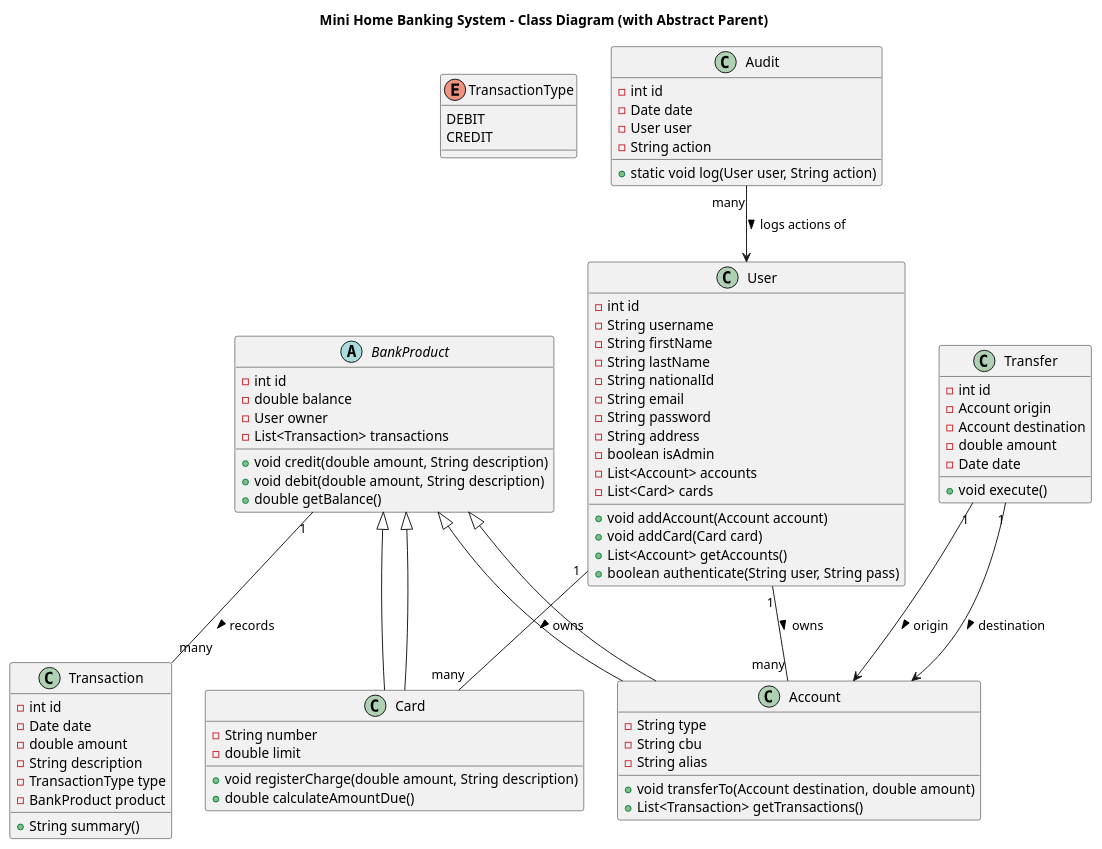
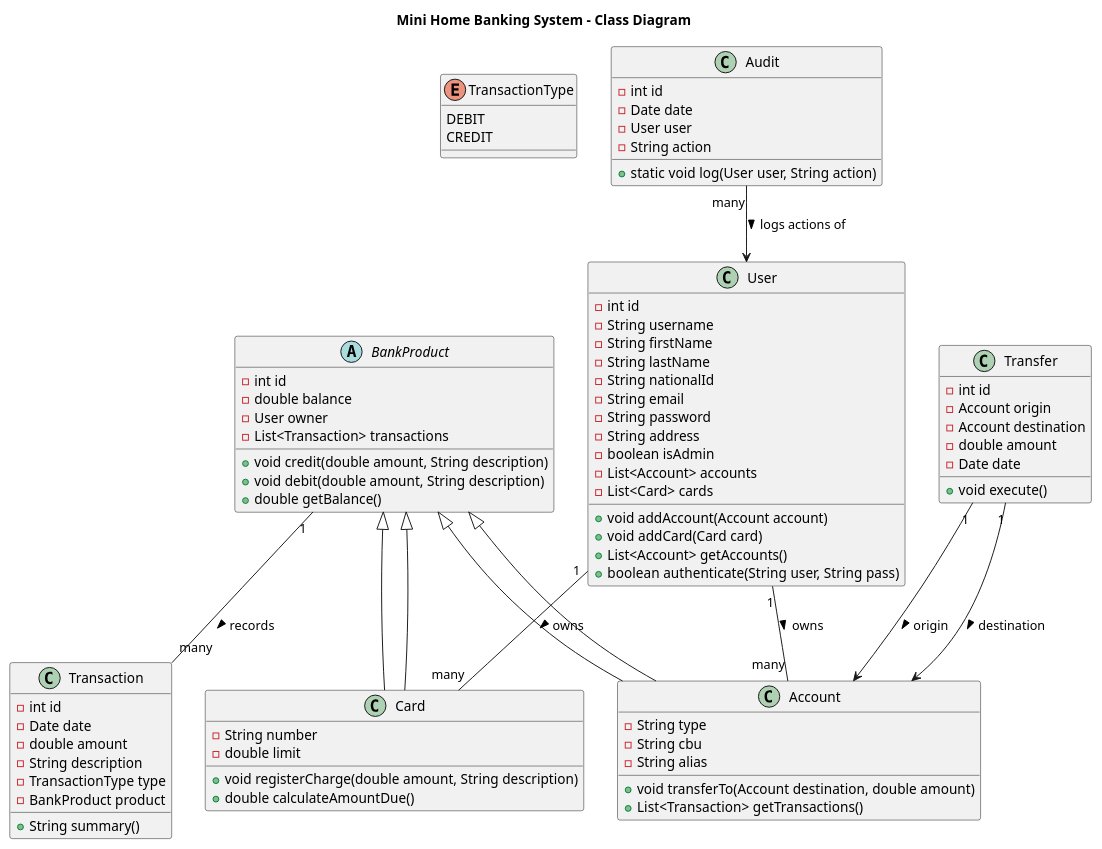
The diagram in MiniHomeBanking.puml (hernansaa/tp-labo1-mini-home-banking), drawn with PlantUML before and after one commit.

```diff
--- a/MiniHomeBanking.puml
+++ b/MiniHomeBanking.puml
@@ -1,108 +1,108 @@
 @startuml
-title Mini Home Banking System - Class Diagram (with Abstract Parent)
+title Mini Home Banking System - Class Diagram
 
 ' =====================
 ' ENUMERATIONS
 ' =====================
 enum TransactionType {
   DEBIT
   CREDIT
 }
 
 ' =====================
 ' ABSTRACT CLASS
 ' =====================
 abstract class BankProduct {
   - int id
   - double balance
   - User owner
   - List<Transaction> transactions
 
   + void credit(double amount, String description)
   + void debit(double amount, String description)
   + double getBalance()
 }
 
 ' =====================
 ' CLASSES
 ' =====================
 
 class User {
   - int id
   - String username
   - String firstName
   - String lastName
   - String nationalId
   - String email
   - String password
   - String address
   - boolean isAdmin
   - List<Account> accounts
   - List<Card> cards
 
   + void addAccount(Account account)
   + void addCard(Card card)
   + List<Account> getAccounts()
   + boolean authenticate(String user, String pass)
 }
 
 class Account extends BankProduct {
   - String type
   - String cbu
   - String alias
 
   + void transferTo(Account destination, double amount)
   + List<Transaction> getTransactions()
 }
 
 class Card extends BankProduct {
   - String number
   - double limit
 
   + void registerCharge(double amount, String description)
   + double calculateAmountDue()
 }
 
 class Transaction {
   - int id
   - Date date
   - double amount
   - String description
   - TransactionType type
   - BankProduct product
 
   + String summary()
 }
 
 class Transfer {
   - int id
   - Account origin
   - Account destination
   - double amount
   - Date date
 
   + void execute()
 }
 
 class Audit {
   - int id
   - Date date
   - User user
   - String action
 
   + static void log(User user, String action)
 }
 
 ' =====================
 ' RELATIONSHIPS
 ' =====================
 User "1" -- "many" Account : owns >
 User "1" -- "many" Card : owns >
 BankProduct <|-- Account
 BankProduct <|-- Card
 BankProduct "1" -- "many" Transaction : records >
 Transfer "1" --> Account : origin >
 Transfer "1" --> Account : destination >
 Audit "many" --> User : logs actions of >
 
 @enduml
```
